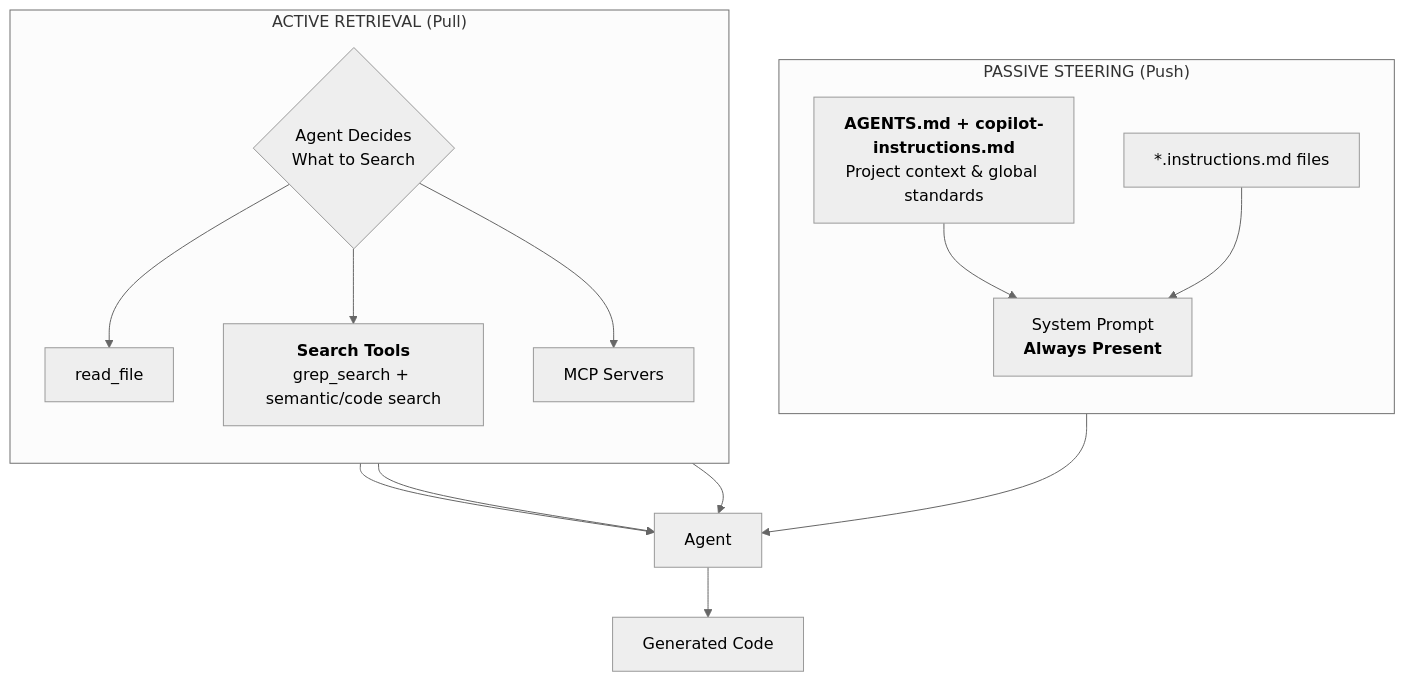
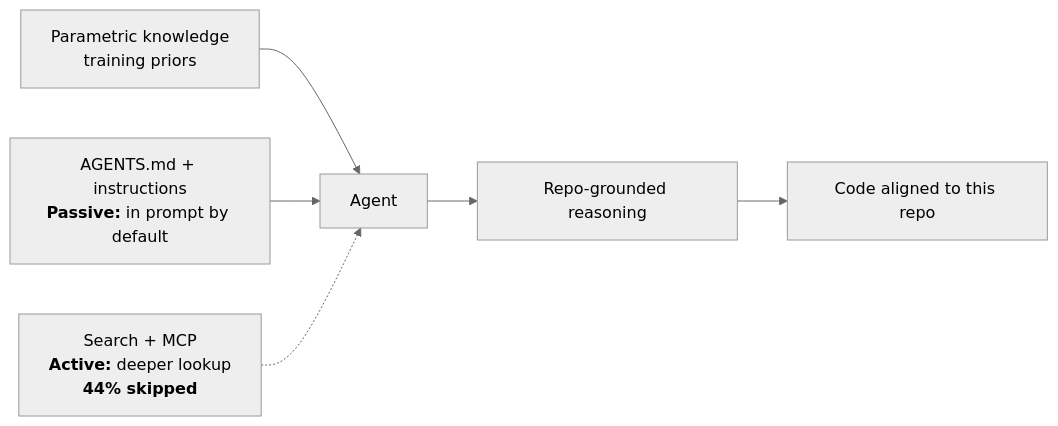
Before and after one commit to HipsterZipster/context-management-presentation: the sixth of 23 diagrams in context-engineering-tech-talk.md, drawn with Mermaid (neutral theme). The commit also changed other lines of this file and 20 other files, not shown here.

First line of the commit message:
refactor: restructure slides 6-8 to clarify passive context mechanism and consolidate research findings

````diff
--- a/context-engineering-tech-talk.md
+++ b/context-engineering-tech-talk.md
@@ -228,22 +185,8 @@
 ```mermaid
-graph TB
-    subgraph Passive["PASSIVE STEERING (Push)"]
-        direction TB
-        P1["<b>AGENTS.md + copilot-instructions.md</b><br/>Project context & global standards"]
-        P2["*.instructions.md files"]
-        P1 & P2 --> PS["System Prompt<br/><b>Always Present</b>"]
-    end
-
-    subgraph Active["ACTIVE RETRIEVAL (Pull)"]
-        direction TB
-        A1["read_file"]
-        A2["<b>Search Tools</b><br/>grep_search + semantic/code search"]
-        A3["MCP Servers"]
-        AD{"Agent Decides<br/>What to Search"} --> A1 & A2 & A3
-    end
-
-    PS --> Agent["Agent"]
-    A1 & A2 & A3 --> Agent
-
-    Agent --> Output["Generated Code"]
+flowchart LR
+    Param["Parametric knowledge<br/>training priors"] --> Agent["Agent"]
+    Passive["AGENTS.md + instructions<br/><b>Passive:</b> in prompt by default"] --> Agent
+    Active["Search + MCP<br/><b>Active:</b> deeper lookup<br/><b>44% skipped</b>"] -.-> Agent
+    Agent --> Reasoning["Repo-grounded reasoning"]
+    Reasoning --> Output["Code aligned to this repo"]
 ```
````
